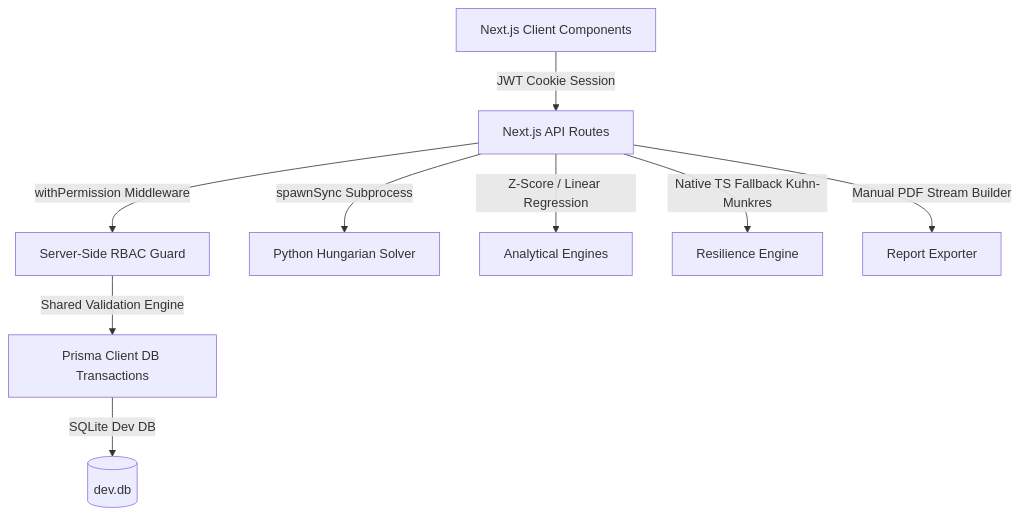
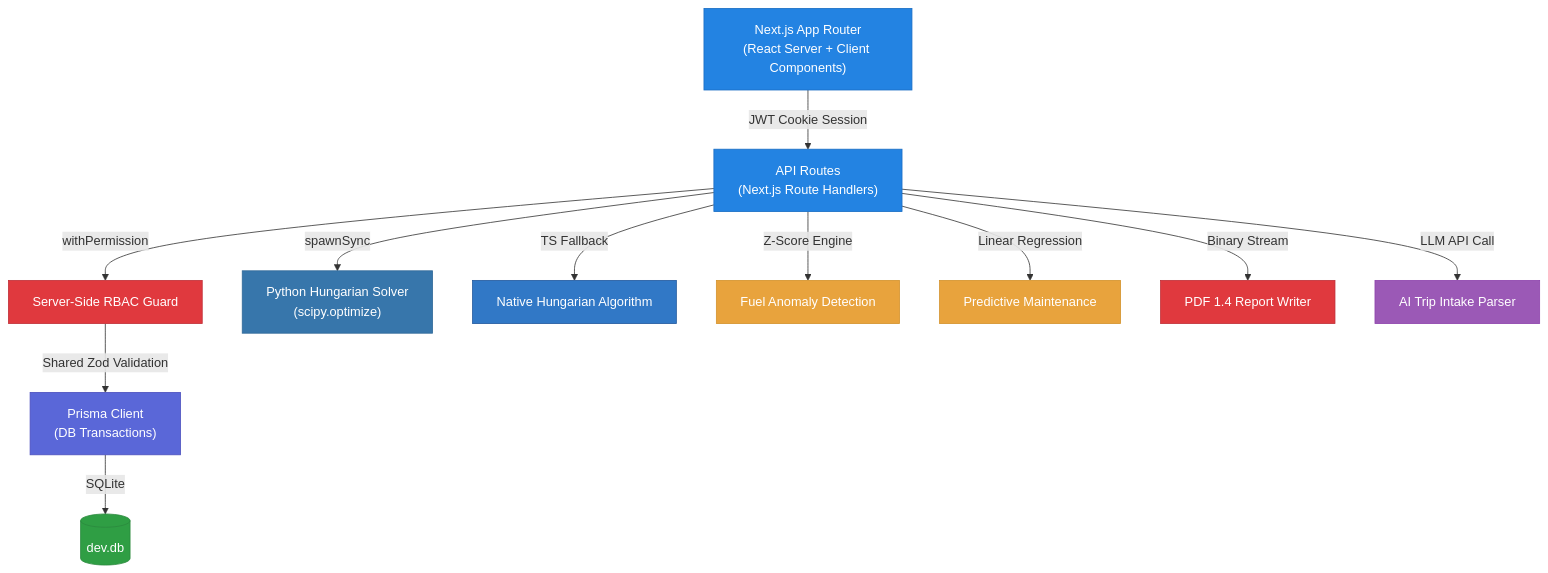
One commit to code-with-kishan/odoo-hackathon-2026 changed the diagram in README.md. Above: the diagram before and after it, drawn with Mermaid. The commit also changed other lines of this file and 4 other files, not shown here.

````diff
--- a/README.md
+++ b/README.md
@@ -34,12 +222,26 @@
 ```mermaid
 graph TD
-    A[Next.js Client Components] -->|JWT Cookie Session| B[Next.js API Routes]
-    B -->|withPermission Middleware| C[Server-Side RBAC Guard]
-    C -->|Shared Validation Engine| D[Prisma Client DB Transactions]
-    D -->|SQLite Dev DB| E[(dev.db)]
-    
-    B -->|spawnSync Subprocess| F[Python Hungarian Solver]
-    B -->|Z-Score / Linear Regression| G[Analytical Engines]
-    B -->|Native TS Fallback Kuhn-Munkres| H[Resilience Engine]
-    B -->|Manual PDF Stream Builder| I[Report Exporter]
+    A["Next.js App Router<br/>(React Server + Client Components)"] -->|JWT Cookie Session| B["API Routes<br/>(Next.js Route Handlers)"]
+    B -->|withPermission| C["Server-Side RBAC Guard"]
+    C -->|Shared Zod Validation| D["Prisma Client<br/>(DB Transactions)"]
+    D -->|SQLite| E[("dev.db")]
+
+    B -->|spawnSync| F["Python Hungarian Solver<br/>(scipy.optimize)"]
+    B -->|TS Fallback| G["Native Hungarian Algorithm"]
+    B -->|Z-Score Engine| H["Fuel Anomaly Detection"]
+    B -->|Linear Regression| I["Predictive Maintenance"]
+    B -->|Binary Stream| J["PDF 1.4 Report Writer"]
+    B -->|LLM API Call| K["AI Trip Intake Parser"]
+
+    style A fill:#2383E2,stroke:#1A6DC4,color:#fff
+    style B fill:#2383E2,stroke:#1A6DC4,color:#fff
+    style C fill:#E0393E,stroke:#c0313a,color:#fff
+    style D fill:#5A67D8,stroke:#4C51BF,color:#fff
+    style E fill:#2F9E44,stroke:#2b8a3e,color:#fff
+    style F fill:#3776AB,stroke:#306998,color:#fff
+    style G fill:#3178C6,stroke:#235A9E,color:#fff
+    style H fill:#E8A33D,stroke:#d4932e,color:#fff
+    style I fill:#E8A33D,stroke:#d4932e,color:#fff
+    style J fill:#E0393E,stroke:#c0313a,color:#fff
+    style K fill:#9B59B6,stroke:#8E44AD,color:#fff
 ```
````
